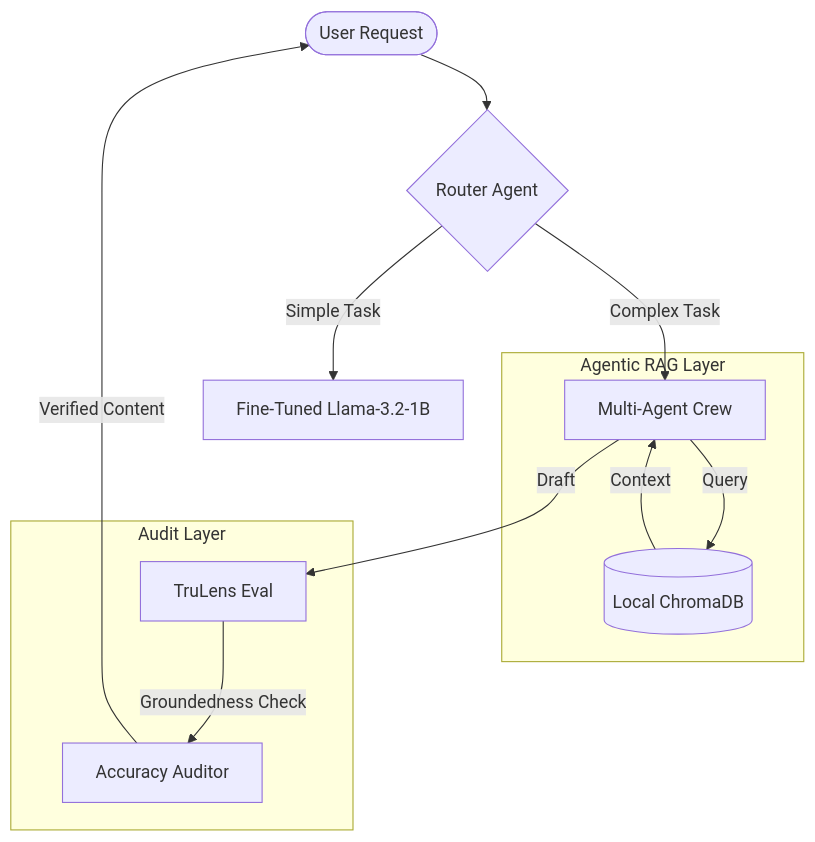
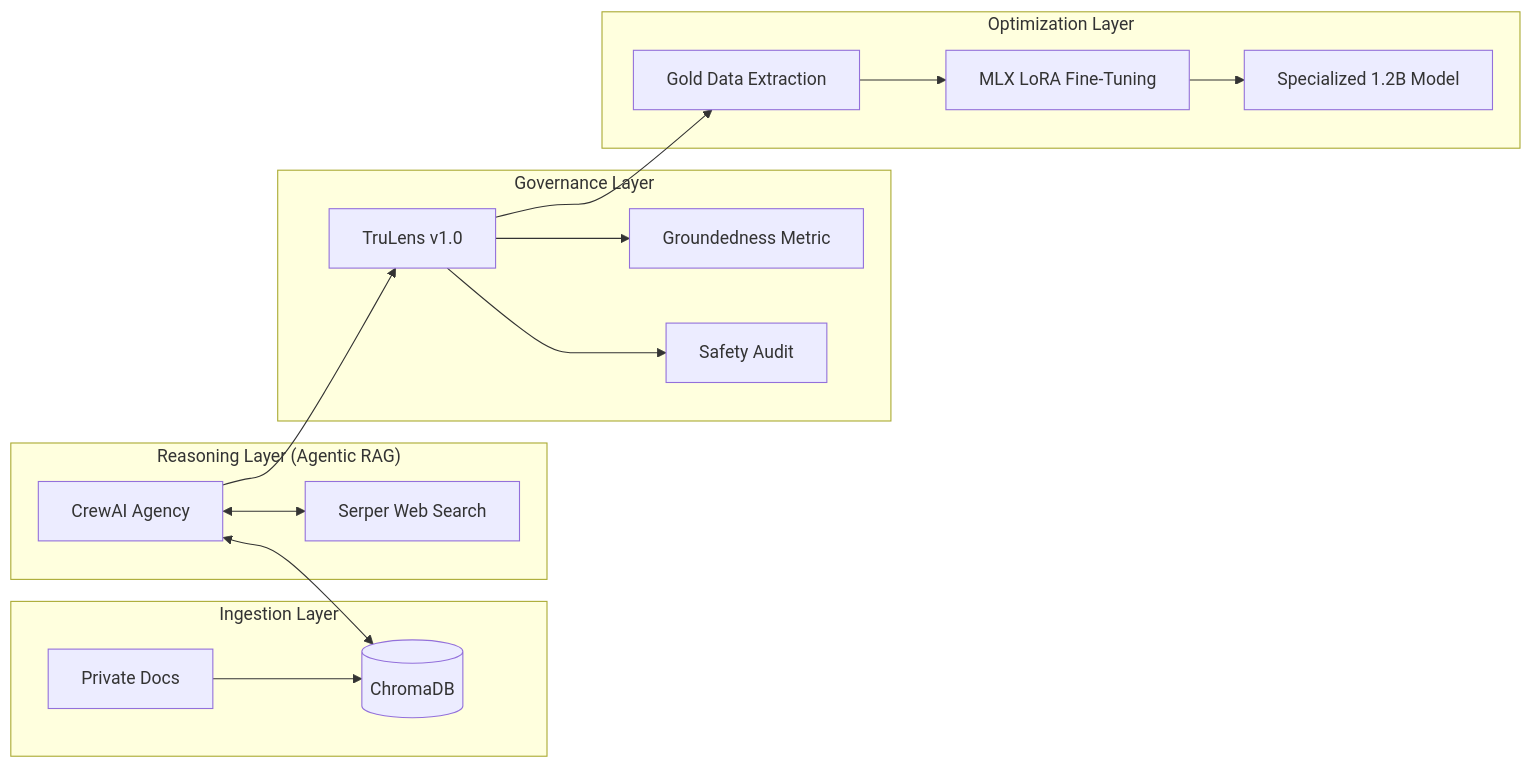
One commit to Anteneh-T-Tessema/llmaiskills changed the diagram in README.md. Above: the diagram before and after it, drawn with Mermaid. The commit also changed other lines of this file and 4 other files, not shown here.

````diff
--- a/README.md
+++ b/README.md
@@ -9,18 +14,23 @@
 ```mermaid
-graph TD
-    User([User Request]) --> Router{Router Agent}
-    Router -->|Simple Task| FT_Model[Fine-Tuned Llama-3.2-1B]
-    Router -->|Complex Task| Agent_Crew[Multi-Agent Crew]
-    
-    subgraph "Agentic RAG Layer"
-        Agent_Crew -->|Query| VectorDB[(Local ChromaDB)]
-        VectorDB -->|Context| Agent_Crew
+graph LR
+    subgraph "Ingestion Layer"
+        DOCS[Private Docs] --> CHROMA[(ChromaDB)]
     end
     
-    subgraph "Audit Layer"
-        Agent_Crew -->|Draft| TruLens[TruLens Eval]
-        TruLens -->|Groundedness Check| Auditor[Accuracy Auditor]
+    subgraph "Reasoning Layer (Agentic RAG)"
+        CREW[CrewAI Agency] <--> CHROMA
+        CREW <--> WEB[Serper Web Search]
     end
     
-    Auditor -->|Verified Content| User
+    subgraph "Governance Layer"
+        CREW --> TRULENS[TruLens v1.0]
+        TRULENS --> GROUNDEDNESS[Groundedness Metric]
+        TRULENS --> SAFETY[Safety Audit]
+    end
+    
+    subgraph "Optimization Layer"
+        TRULENS --> DISTILL[Gold Data Extraction]
+        DISTILL --> MLX[MLX LoRA Fine-Tuning]
+        MLX --> SOVEREIGN_MODEL[Specialized 1.2B Model]
+    end
 ```
````
